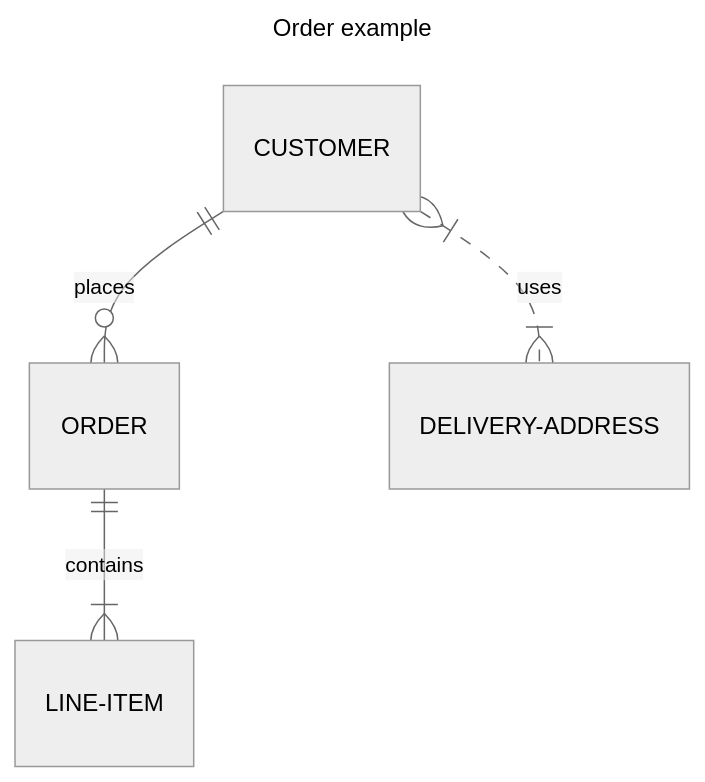
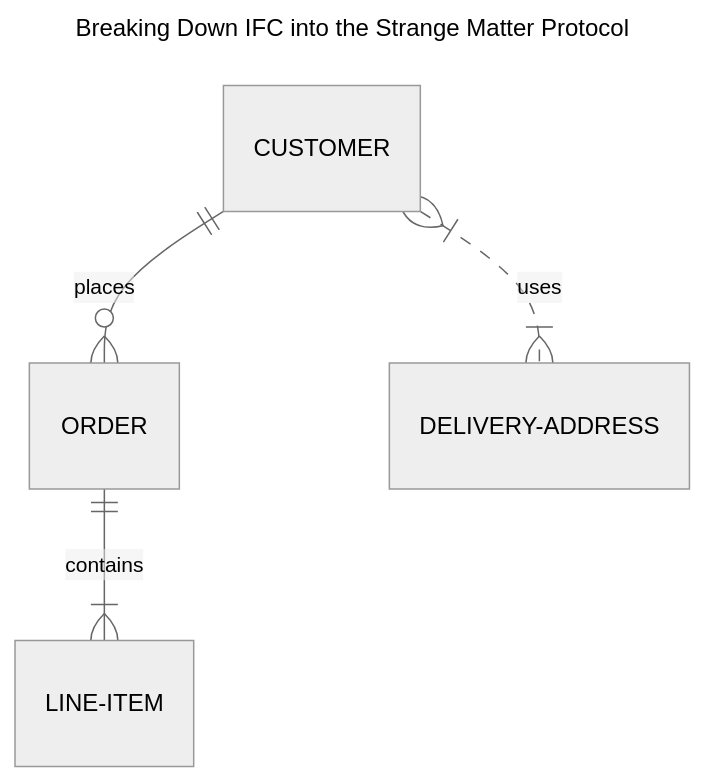
One commit to magnetar-io/strangematter_ifc_4x changed the diagram in README.md. Above: the diagram before and after it, drawn with Mermaid (neutral theme).

````diff
--- a/README.md
+++ b/README.md
@@ -2,9 +2,9 @@
 ```mermaid
 ---
-title: Order example
+title: Breaking Down IFC into the Strange Matter Protocol
 ---
 erDiagram
     CUSTOMER ||--o{ ORDER : places
     ORDER ||--|{ LINE-ITEM : contains
     CUSTOMER }|..|{ DELIVERY-ADDRESS : uses
 ```
````
